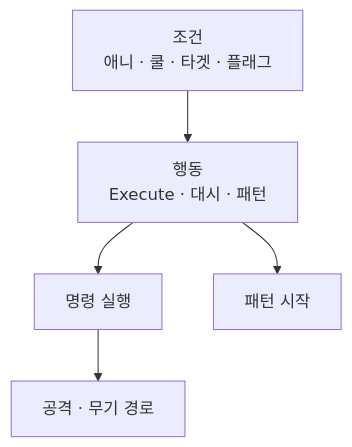
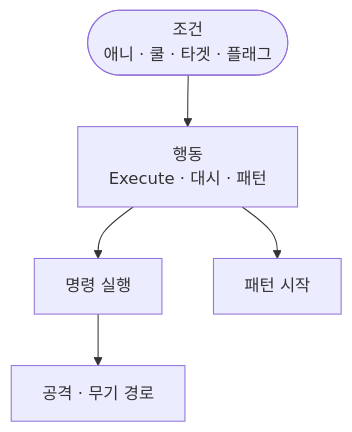
The diagram in notes/blade-monster-bt-call.md (monet5379/monet5379.github.io), drawn with Mermaid before and after one commit. The commit also changed 6 other files, not shown here.

Commit message:
fix(notes): BA 액션·AI Mermaid visual contract

````diff
--- a/notes/blade-monster-bt-call.md
+++ b/notes/blade-monster-bt-call.md
@@ -46,7 +46,8 @@
 ```mermaid
 flowchart TD
-  C["조건<br/>애니 · 쿨 · 타겟 · 플래그"] --> A["행동<br/>Execute · 대시 · 패턴"]
+  C(["조건<br/>애니 · 쿨 · 타겟 · 플래그"])
+  C --> A["행동<br/>Execute · 대시 · 패턴"]
   A --> CMD["명령 실행"]
   A --> PAT["패턴 시작"]
   CMD --> AT["공격 · 무기 경로"]
 ```
````
